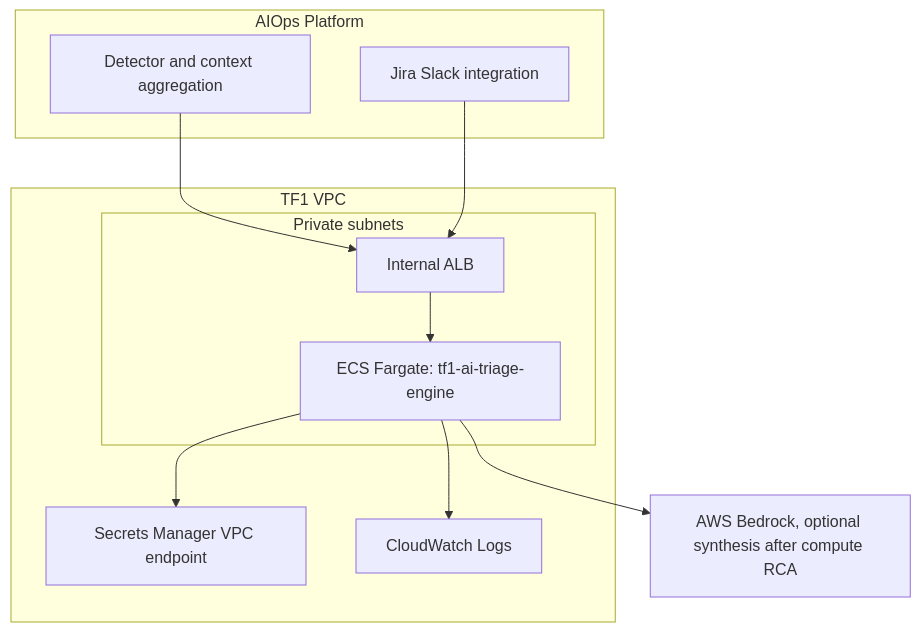
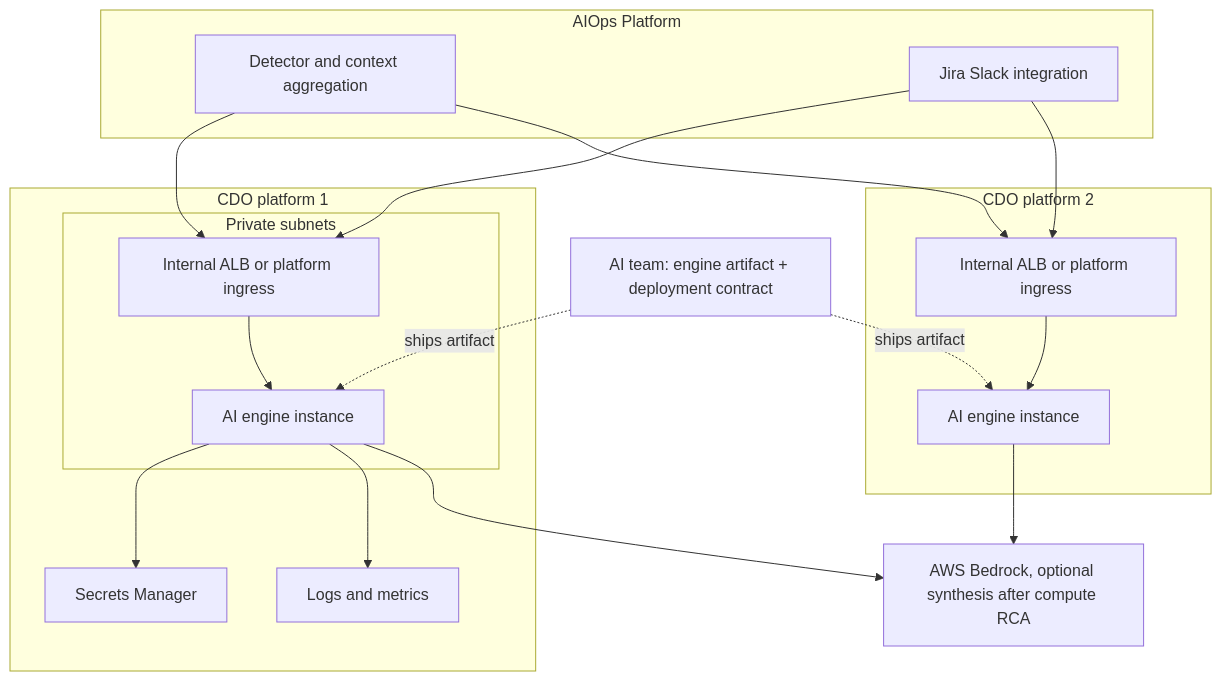
One commit to c0mmie-b0msh3ll/xBrain-capstone2 changed the diagram in capstone/tf-1/ai/contracts/deployment-contract.md. Above: the diagram before and after it, drawn with Mermaid. The commit also changed other lines of this file and 3 other files, not shown here.

````diff
--- a/capstone/tf-1/ai/contracts/deployment-contract.md
+++ b/capstone/tf-1/ai/contracts/deployment-contract.md
@@ -86,23 +87,37 @@
 ```mermaid
 graph TB
-    subgraph "TF1 VPC"
+    AI[AI team: engine artifact + deployment contract]
+
+    subgraph "CDO platform 1"
         subgraph "Private subnets"
-            ALB[Internal ALB]
-            ECS[ECS Fargate: tf1-ai-triage-engine]
-            ALB --> ECS
+            ALB1[Internal ALB or platform ingress]
+            ECS1[AI engine instance]
+            ALB1 --> ECS1
         end
-        SM[Secrets Manager VPC endpoint]
-        CW[CloudWatch Logs]
-        ECS --> SM
-        ECS --> CW
+        SM1[Secrets Manager]
+        CW1[Logs and metrics]
+        ECS1 --> SM1
+        ECS1 --> CW1
     end
+
+    subgraph "CDO platform 2"
+        ALB2[Internal ALB or platform ingress]
+        ECS2[AI engine instance]
+        ALB2 --> ECS2
+    end
+
     Bedrock[AWS Bedrock, optional synthesis after compute RCA]
-    ECS --> Bedrock
+    AI -. ships artifact .-> ECS1
+    AI -. ships artifact .-> ECS2
+    ECS1 --> Bedrock
+    ECS2 --> Bedrock
 
     subgraph "AIOps Platform"
         DET[Detector and context aggregation]
         INT[Jira Slack integration]
     end
-    DET --> ALB
-    INT --> ALB
+    DET --> ALB1
+    DET --> ALB2
+    INT --> ALB1
+    INT --> ALB2
 ```
````
